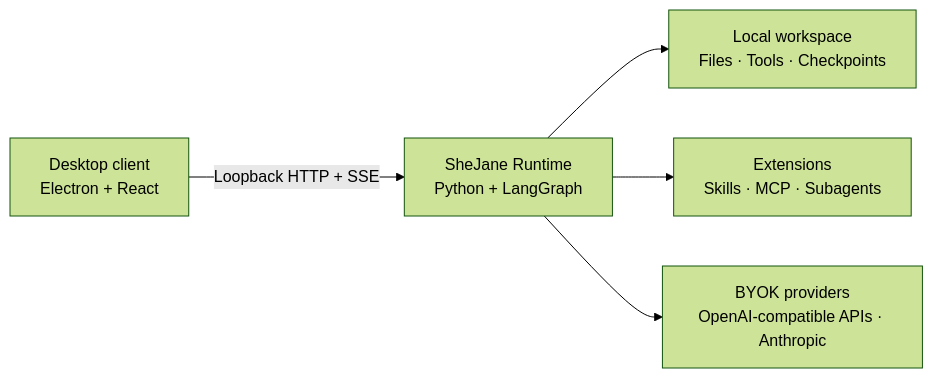
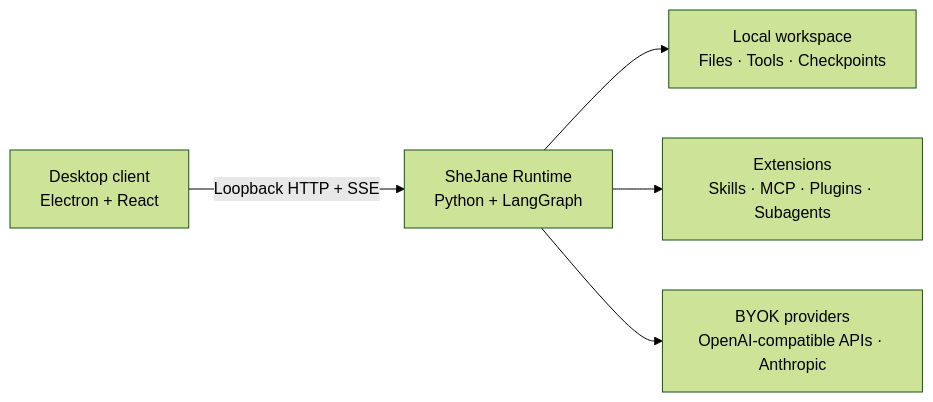
The diagram in README.md (jimmyrogue/SheJane), drawn with Mermaid (forest theme) before and after one commit. The commit also changed other lines of this file and 390 other files, not shown here.

````diff
--- a/README.md
+++ b/README.md
@@ -25,7 +25,7 @@
 ```mermaid
 flowchart LR
     D["Desktop client<br/>Electron + React"] -->|"Loopback HTTP + SSE"| R["SheJane Runtime<br/>Python + LangGraph"]
     R --> W["Local workspace<br/>Files · Tools · Checkpoints"]
-    R --> E["Extensions<br/>Skills · MCP · Subagents"]
+    R --> E["Extensions<br/>Skills · MCP · Plugins · Subagents"]
     R --> B["BYOK providers<br/>OpenAI-compatible APIs · Anthropic"]
 ```
````
